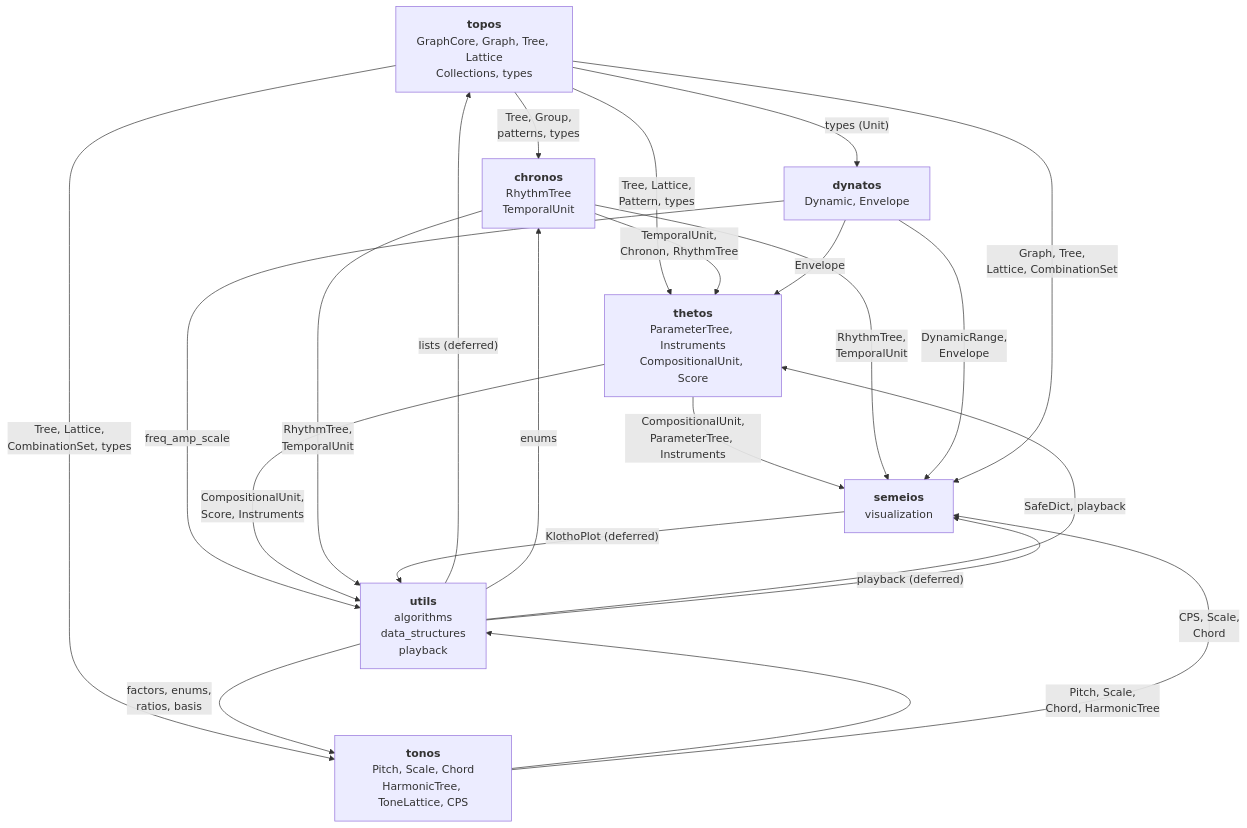
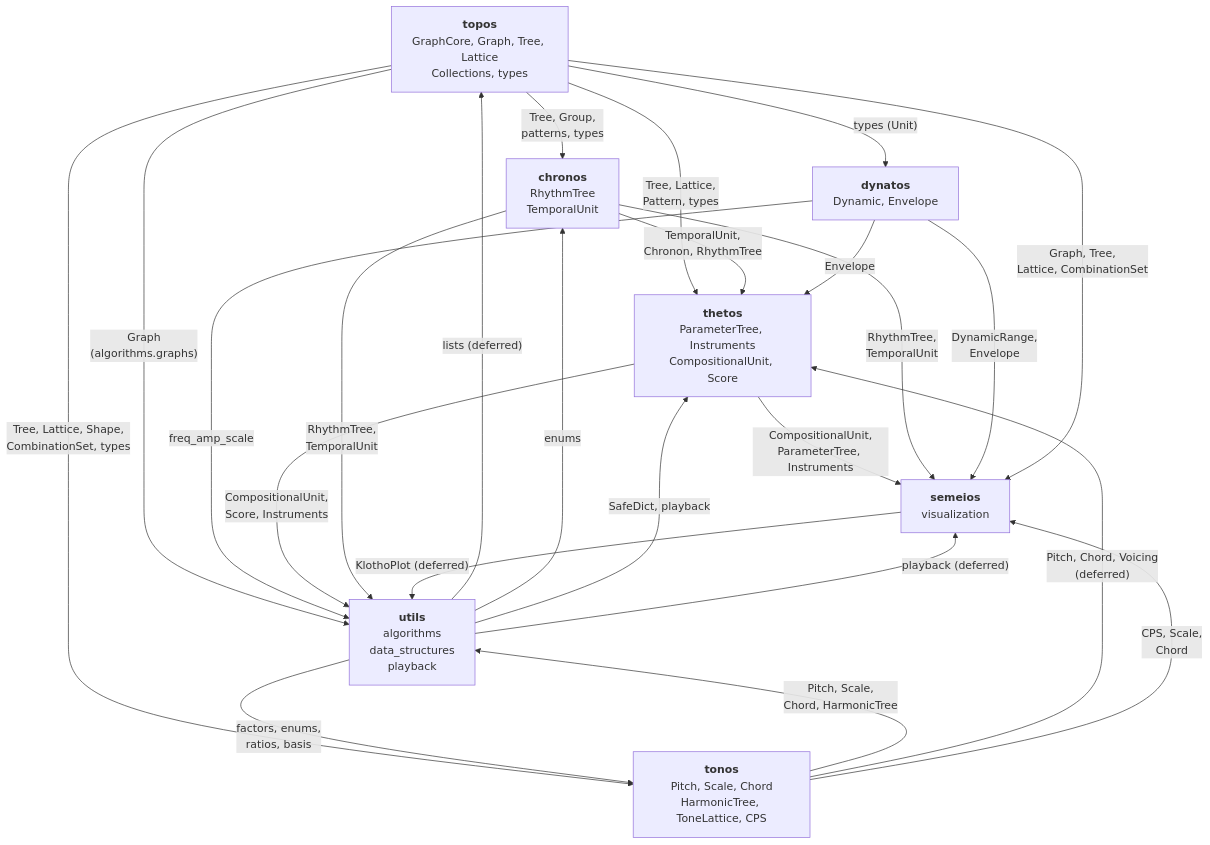
One commit to kr4g/Klotho changed the first of 7 diagrams in docs/architecture/13_IMPORT_GRAPH.md. Above: the diagram before and after it, drawn with Mermaid. The commit also changed other lines of this file and 14 other files, not shown here.

First line of the commit message:
Refresh architecture docs and Sphinx index for 10.x API (10.11.1)

````diff
--- a/docs/architecture/13_IMPORT_GRAPH.md
+++ b/docs/architecture/13_IMPORT_GRAPH.md
@@ -13,34 +13,36 @@
 ```mermaid
 graph TD
     TOPOS["<b>topos</b><br/>GraphCore, Graph, Tree, Lattice<br/>Collections, types"]
     UTILS["<b>utils</b><br/>algorithms<br/>data_structures<br/>playback"]
     CHRONOS["<b>chronos</b><br/>RhythmTree<br/>TemporalUnit"]
     TONOS["<b>tonos</b><br/>Pitch, Scale, Chord<br/>HarmonicTree, ToneLattice, CPS"]
     DYNATOS["<b>dynatos</b><br/>Dynamic, Envelope"]
     THETOS["<b>thetos</b><br/>ParameterTree, Instruments<br/>CompositionalUnit, Score"]
     SEMEIOS["<b>semeios</b><br/>visualization"]
 
     UTILS -->|"lists (deferred)"| TOPOS
     TOPOS -->|"Tree, Group,<br/>patterns, types"| CHRONOS
-    TOPOS -->|"Tree, Lattice,<br/>CombinationSet, types"| TONOS
+    TOPOS -->|"Tree, Lattice, Shape,<br/>CombinationSet, types"| TONOS
     TOPOS -->|"Tree, Lattice,<br/>Pattern, types"| THETOS
     TOPOS -->|"types (Unit)"| DYNATOS
+    TOPOS -->|"Graph<br/>(algorithms.graphs)"| UTILS
     UTILS -->|"enums"| CHRONOS
     UTILS -->|"factors, enums,<br/>ratios, basis"| TONOS
     UTILS -->|"SafeDict, playback"| THETOS
     CHRONOS -->|"TemporalUnit,<br/>Chronon, RhythmTree"| THETOS
     TONOS -->|"Pitch, Scale,<br/>Chord, HarmonicTree"| UTILS
+    TONOS -->|"Pitch, Chord, Voicing<br/>(deferred)"| THETOS
     DYNATOS -->|"Envelope"| THETOS
     DYNATOS -->|"freq_amp_scale"| UTILS
 
     THETOS -->|"CompositionalUnit,<br/>ParameterTree, Instruments"| SEMEIOS
     CHRONOS -->|"RhythmTree,<br/>TemporalUnit"| SEMEIOS
     TONOS -->|"CPS, Scale,<br/>Chord"| SEMEIOS
     DYNATOS -->|"DynamicRange,<br/>Envelope"| SEMEIOS
     TOPOS -->|"Graph, Tree,<br/>Lattice, CombinationSet"| SEMEIOS
     UTILS -->|"playback (deferred)"| SEMEIOS
 
     THETOS -->|"CompositionalUnit,<br/>Score, Instruments"| UTILS
     CHRONOS -->|"RhythmTree,<br/>TemporalUnit"| UTILS
     SEMEIOS -->|"KlothoPlot (deferred)"| UTILS
 ```
````
